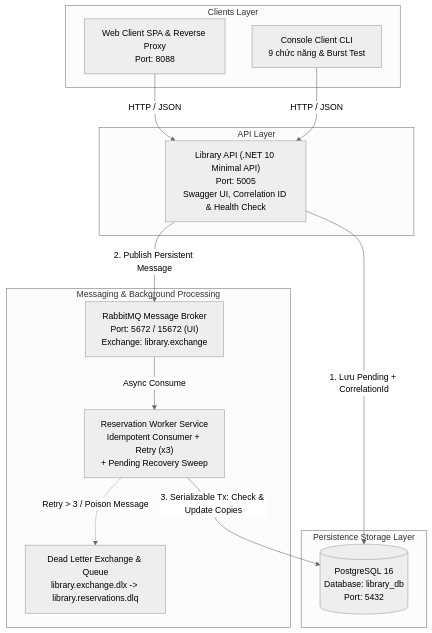
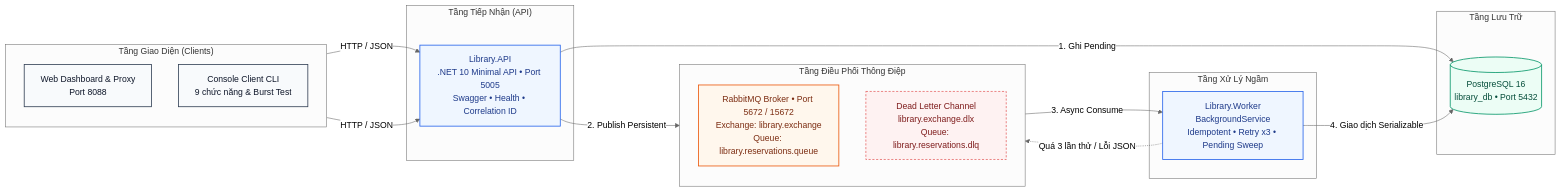
The first of 3 diagrams in README.md (azmedia2006/distributed-library-reservation-v2), drawn with Mermaid (neutral theme) before and after one commit. The commit also changed other lines of this file and 1 other file, not shown here.

Commit message:
ui,docs: redesign Web Dashboard with sleek minimalist SaaS UI and revamp GitHub README layout

````diff
--- a/README.md
+++ b/README.md
@@ -53,29 +51,46 @@
 ```mermaid
-graph TD
-    subgraph "Clients Layer"
-        WebClient["Web Client SPA & Reverse Proxy<br/>Port: 8088"]
-        ConsoleClient["Console Client CLI<br/>9 chức năng & Burst Test"]
+flowchart LR
+    subgraph Clients["Tầng Giao Diện (Clients)"]
+        direction TB
+        Web["Web Dashboard & Proxy<br/>Port 8088"]
+        CLI["Console Client CLI<br/>9 chức năng & Burst Test"]
     end
 
-    subgraph "API Layer"
-        API["Library API (.NET 10 Minimal API)<br/>Port: 5005<br/>Swagger UI, Correlation ID & Health Check"]
+    subgraph Edge["Tầng Tiếp Nhận (API)"]
+        API["Library.API<br/>.NET 10 Minimal API • Port 5005<br/>Swagger • Health • Correlation ID"]
     end
 
-    subgraph "Messaging & Background Processing"
-        RabbitMQ["RabbitMQ Message Broker<br/>Port: 5672 / 15672 (UI)<br/>Exchange: library.exchange"]
-        DLQ["Dead Letter Exchange & Queue<br/>library.exchange.dlx -> library.reservations.dlq"]
-        Worker["Reservation Worker Service<br/>Idempotent Consumer + Retry (x3)<br/>+ Pending Recovery Sweep"]
+    subgraph Messaging["Tầng Điều Phối Thông Điệp"]
+        direction TB
+        RMQ["RabbitMQ Broker • Port 5672 / 15672<br/>Exchange: library.exchange<br/>Queue: library.reservations.queue"]
+        DLQ["Dead Letter Channel<br/>library.exchange.dlx<br/>Queue: library.reservations.dlq"]
     end
 
-    subgraph "Persistence Storage Layer"
-        Postgres[("PostgreSQL 16<br/>Database: library_db<br/>Port: 5432")]
+    subgraph Processing["Tầng Xử Lý Ngầm"]
+        Worker["Library.Worker<br/>BackgroundService<br/>Idempotent • Retry x3 • Pending Sweep"]
     end
 
-    WebClient -->|HTTP / JSON| API
-    ConsoleClient -->|HTTP / JSON| API
-    API -->|1. Lưu Pending + CorrelationId| Postgres
-    API -->|2. Publish Persistent Message| RabbitMQ
-    RabbitMQ -->|Async Consume| Worker
-    Worker -.->|Retry > 3 / Poison Message| DLQ
-    Worker -->|3. Serializable Tx: Check & Update Copies| Postgres
+    subgraph Storage["Tầng Lưu Trữ"]
+        DB[("PostgreSQL 16<br/>library_db • Port 5432")]
+    end
+
+    Web -->|HTTP / JSON| API
+    CLI -->|HTTP / JSON| API
+    API -->|1. Ghi Pending| DB
+    API -->|2. Publish Persistent| RMQ
+    RMQ -->|3. Async Consume| Worker
+    Worker -.->|Quá 3 lần thử / Lỗi JSON| DLQ
+    Worker -->|4. Giao dịch Serializable| DB
+
+    classDef client fill:#f8fafc,stroke:#334155,stroke-width:1.5px,color:#0f172a;
+    classDef service fill:#eff6ff,stroke:#2563eb,stroke-width:1.5px,color:#1e3a8a;
+    classDef broker fill:#fff7ed,stroke:#ea580c,stroke-width:1.5px,color:#7c2d12;
+    classDef dlq fill:#fef2f2,stroke:#dc2626,stroke-width:1px,stroke-dasharray: 4 3,color:#7f1d1d;
+    classDef db fill:#ecfdf5,stroke:#059669,stroke-width:1.5px,color:#064e3b;
+
+    class Web,CLI client;
+    class API,Worker service;
+    class RMQ broker;
+    class DLQ dlq;
+    class DB db;
 ```
````
